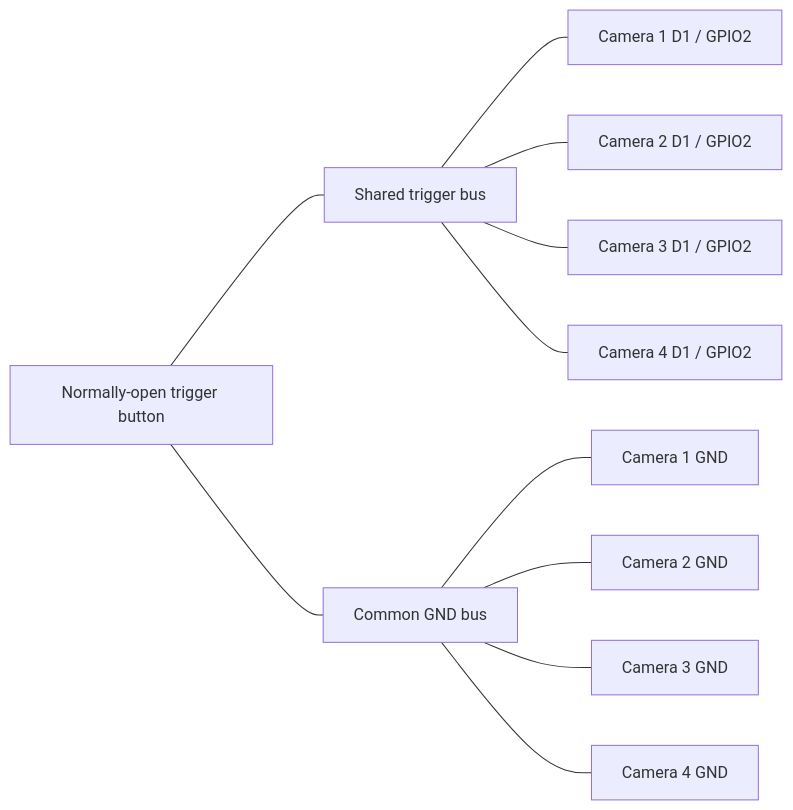
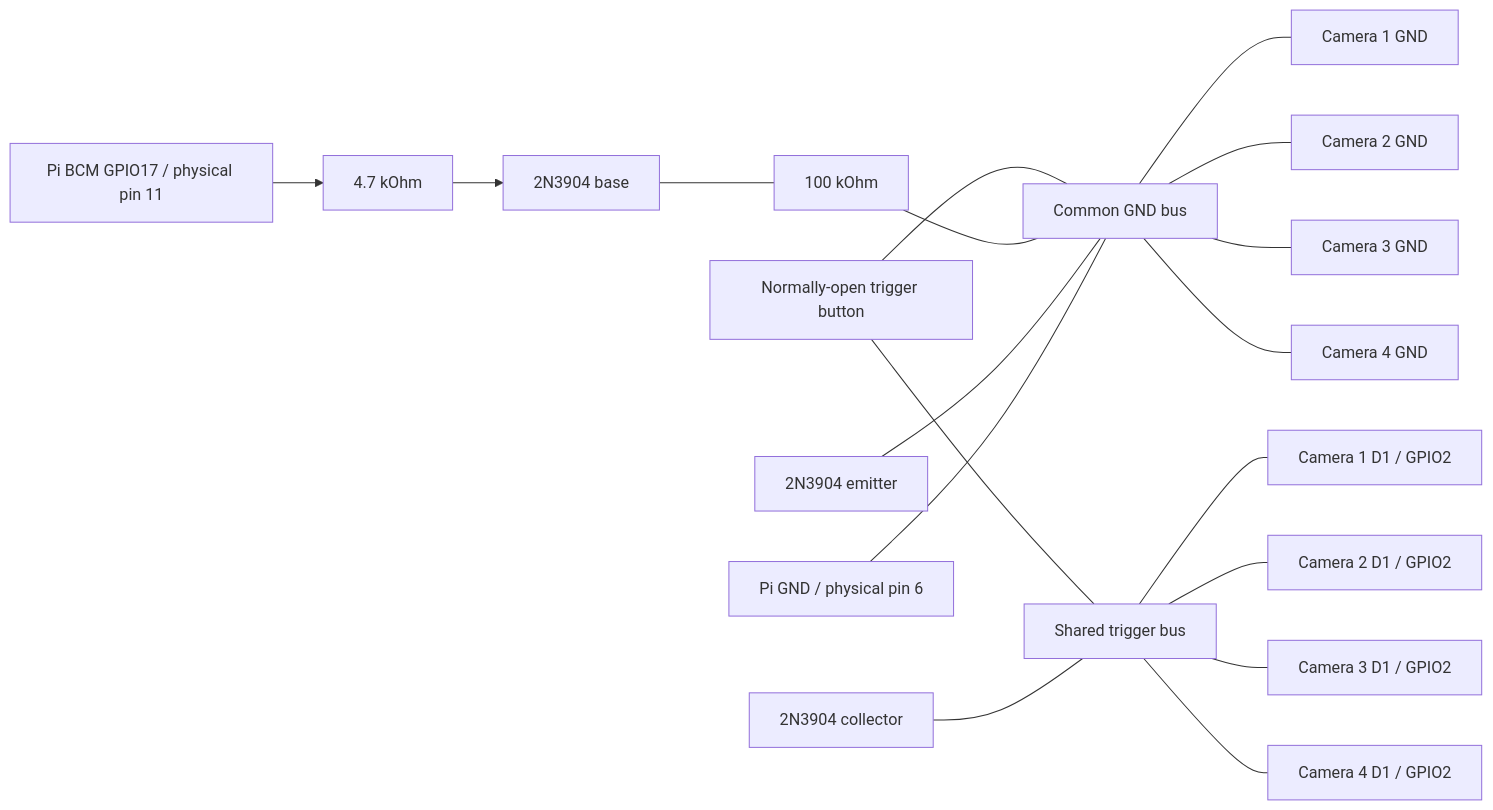
Before and after one commit to TylerMiddendorf/bullet-time-cam: the diagram in README.md, drawn with Mermaid. The commit also changed other lines of this file and 7 other files, not shown here.

````diff
--- a/README.md
+++ b/README.md
@@ -122,19 +130,27 @@
 ```mermaid
 flowchart LR
   BTN["Normally-open trigger button"]
   TRIG["Shared trigger bus"]
   GND["Common GND bus"]
 
   BTN --- TRIG
   BTN --- GND
 
   TRIG --- C1D1["Camera 1 D1 / GPIO2"]
   TRIG --- C2D1["Camera 2 D1 / GPIO2"]
   TRIG --- C3D1["Camera 3 D1 / GPIO2"]
   TRIG --- C4D1["Camera 4 D1 / GPIO2"]
 
   GND --- C1G["Camera 1 GND"]
   GND --- C2G["Camera 2 GND"]
   GND --- C3G["Camera 3 GND"]
   GND --- C4G["Camera 4 GND"]
+
+  PI17["Pi BCM GPIO17 / physical pin 11"] --> R47["4.7 kOhm"]
+  R47 --> BASE["2N3904 base"]
+  BASE --- R100["100 kOhm"]
+  R100 --- GND
+  EMITTER["2N3904 emitter"] --- GND
+  COLLECTOR["2N3904 collector"] --- TRIG
+  PIG["Pi GND / physical pin 6"] --- GND
 ```
````
